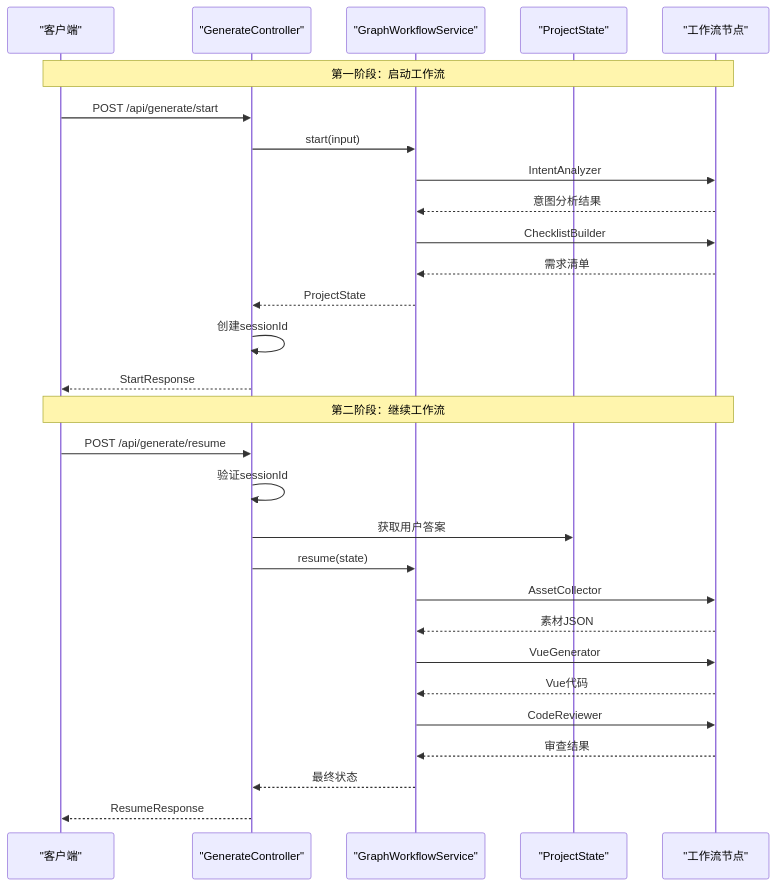
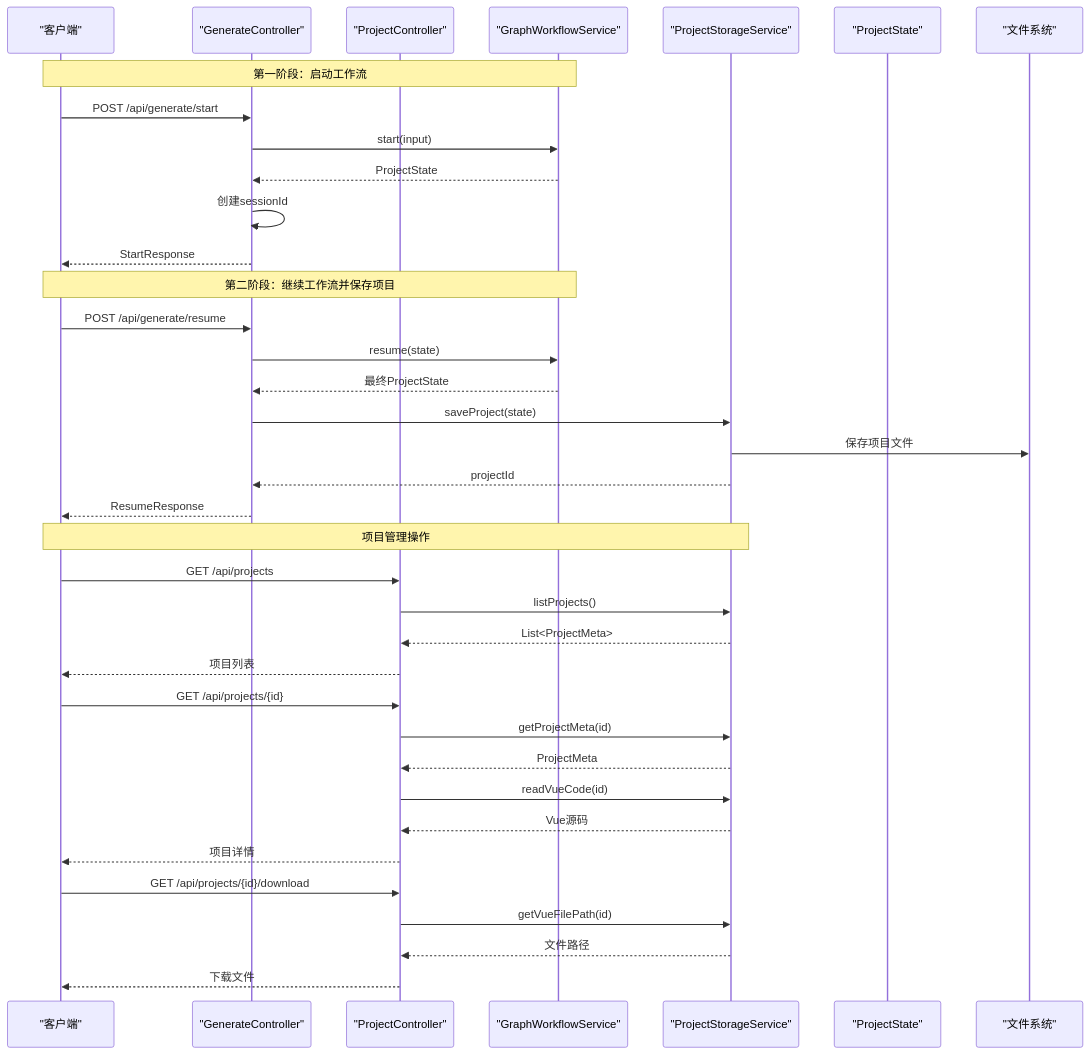
Before and after one commit to CyanYuKi/WebSiteFrontendCodeMother: the second of 7 diagrams in .qoder/repowiki/zh/content/API接口文档.md, drawn with Mermaid. The commit also changed other lines of this file and 5 other files, not shown here.

````diff
--- a/.qoder/repowiki/zh/content/API接口文档.md
+++ b/.qoder/repowiki/zh/content/API接口文档.md
@@ -115,31 +155,39 @@
 ```mermaid
 sequenceDiagram
 participant Client as "客户端"
-participant Controller as "GenerateController"
-participant Service as "GraphWorkflowService"
+participant GenerateCtrl as "GenerateController"
+participant ProjectCtrl as "ProjectController"
+participant GenService as "GraphWorkflowService"
+participant ProjService as "ProjectStorageService"
 participant State as "ProjectState"
-participant Nodes as "工作流节点"
-Note over Client,Nodes : 第一阶段：启动工作流
-Client->>Controller : POST /api/generate/start
-Controller->>Service : start(input)
-Service->>Nodes : IntentAnalyzer
-Nodes-->>Service : 意图分析结果
-Service->>Nodes : ChecklistBuilder
-Nodes-->>Service : 需求清单
-Service-->>Controller : ProjectState
-Controller->>Controller : 创建sessionId
-Controller-->>Client : StartResponse
-Note over Client,Nodes : 第二阶段：继续工作流
-Client->>Controller : POST /api/generate/resume
-Controller->>Controller : 验证sessionId
-Controller->>State : 获取用户答案
-Controller->>Service : resume(state)
-Service->>Nodes : AssetCollector
-Nodes-->>Service : 素材JSON
-Service->>Nodes : VueGenerator
-Nodes-->>Service : Vue代码
-Service->>Nodes : CodeReviewer
-Nodes-->>Service : 审查结果
-Service-->>Controller : 最终状态
-Controller-->>Client : ResumeResponse
+participant Storage as "文件系统"
+Note over Client,GenService : 第一阶段：启动工作流
+Client->>GenerateCtrl : POST /api/generate/start
+GenerateCtrl->>GenService : start(input)
+GenService-->>GenerateCtrl : ProjectState
+GenerateCtrl->>GenerateCtrl : 创建sessionId
+GenerateCtrl-->>Client : StartResponse
+Note over Client,GenService : 第二阶段：继续工作流并保存项目
+Client->>GenerateCtrl : POST /api/generate/resume
+GenerateCtrl->>GenService : resume(state)
+GenService-->>GenerateCtrl : 最终ProjectState
+GenerateCtrl->>ProjService : saveProject(state)
+ProjService->>Storage : 保存项目文件
+ProjService-->>GenerateCtrl : projectId
+GenerateCtrl-->>Client : ResumeResponse
+Note over Client,ProjService : 项目管理操作
+Client->>ProjectCtrl : GET /api/projects
+ProjectCtrl->>ProjService : listProjects()
+ProjService-->>ProjectCtrl : List<ProjectMeta>
+ProjectCtrl-->>Client : 项目列表
+Client->>ProjectCtrl : GET /api/projects/{id}
+ProjectCtrl->>ProjService : getProjectMeta(id)
+ProjService-->>ProjectCtrl : ProjectMeta
+ProjectCtrl->>ProjService : readVueCode(id)
+ProjService-->>ProjectCtrl : Vue源码
+ProjectCtrl-->>Client : 项目详情
+Client->>ProjectCtrl : GET /api/projects/{id}/download
+ProjectCtrl->>ProjService : getVueFilePath(id)
+ProjService-->>ProjectCtrl : 文件路径
+ProjectCtrl-->>Client : 下载文件
 ```
````
